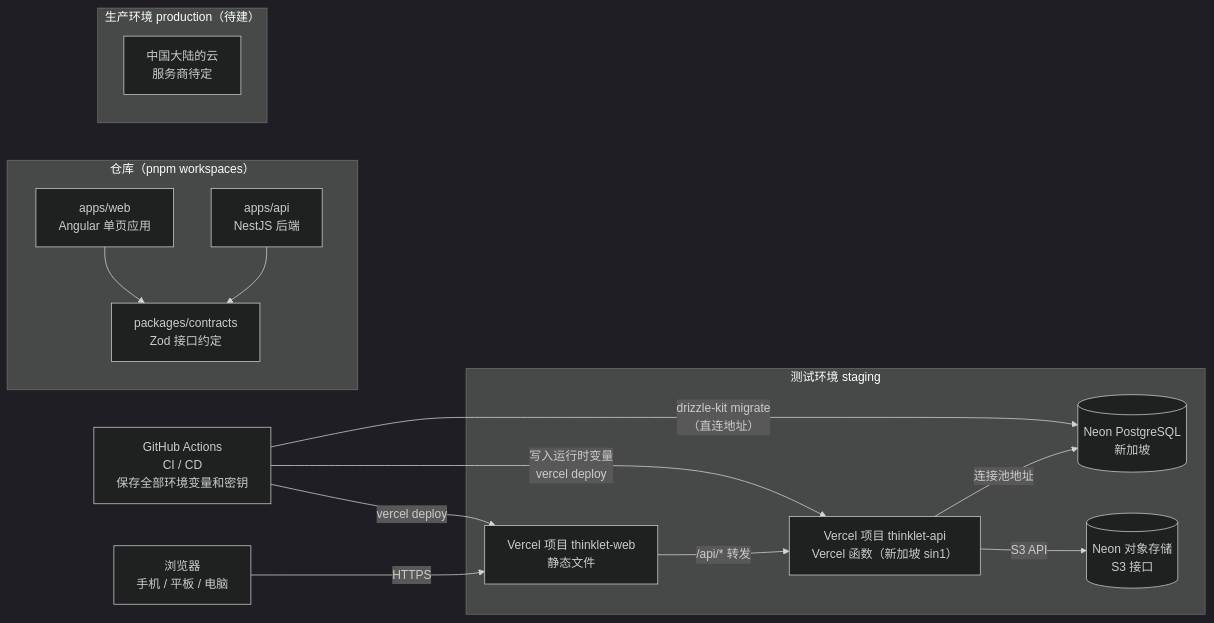
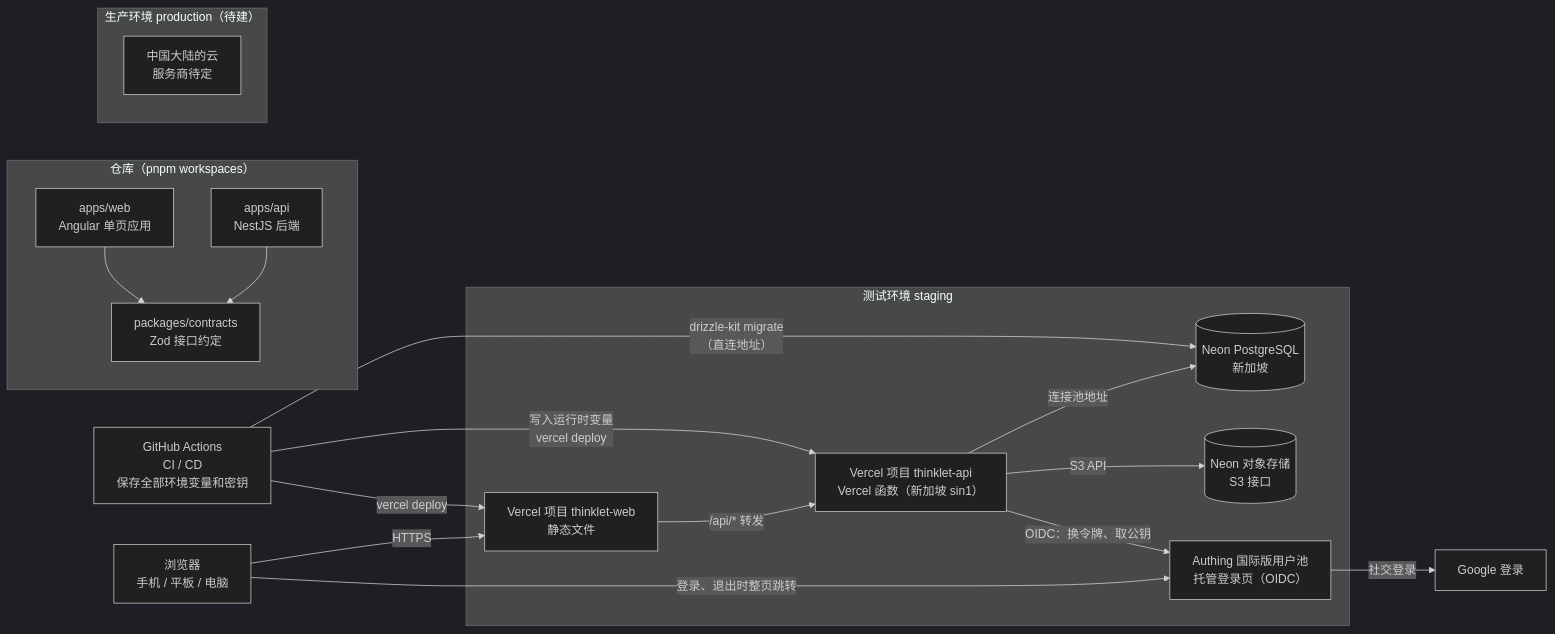
One commit to juanchaopan/thinklet changed the diagram in .docs/architecture.md. Above: the diagram before and after it, drawn with Mermaid (dark theme). The commit also changed other lines of this file and 10 other files, not shown here.

First line of the commit message:
feat(architecture): parent login, stateless login state and families (#7)

````diff
--- a/.docs/architecture.md
+++ b/.docs/architecture.md
@@ -9,31 +9,37 @@
 ```mermaid
 flowchart LR
   browser["浏览器<br/>手机 / 平板 / 电脑"]
 
   subgraph repo["仓库（pnpm workspaces）"]
     web["apps/web<br/>Angular 单页应用"]
     api["apps/api<br/>NestJS 后端"]
     contracts["packages/contracts<br/>Zod 接口约定"]
   end
 
   subgraph staging["测试环境 staging"]
     vweb["Vercel 项目 thinklet-web<br/>静态文件"]
     vapi["Vercel 项目 thinklet-api<br/>Vercel 函数（新加坡 sin1）"]
     npg[("Neon PostgreSQL<br/>新加坡")]
     ns3[("Neon 对象存储<br/>S3 接口")]
+    authing["Authing 国际版用户池<br/>托管登录页（OIDC）"]
   end
 
   subgraph production["生产环境 production（待建）"]
     cn["中国大陆的云<br/>服务商待定"]
   end
 
+  google["Google 登录"]
+
   web --> contracts
   api --> contracts
   browser -->|"HTTPS"| vweb
+  browser -->|"登录、退出时整页跳转"| authing
   vweb -->|"/api/* 转发"| vapi
   vapi -->|"连接池地址"| npg
   vapi -->|"S3 API"| ns3
+  vapi -->|"OIDC：换令牌、取公钥"| authing
+  authing -->|"社交登录"| google
   gha["GitHub Actions<br/>CI / CD<br/>保存全部环境变量和密钥"] -->|"drizzle-kit migrate<br/>（直连地址）"| npg
   gha -->|"vercel deploy"| vweb
   gha -->|"写入运行时变量<br/>vercel deploy"| vapi
 ```
````
